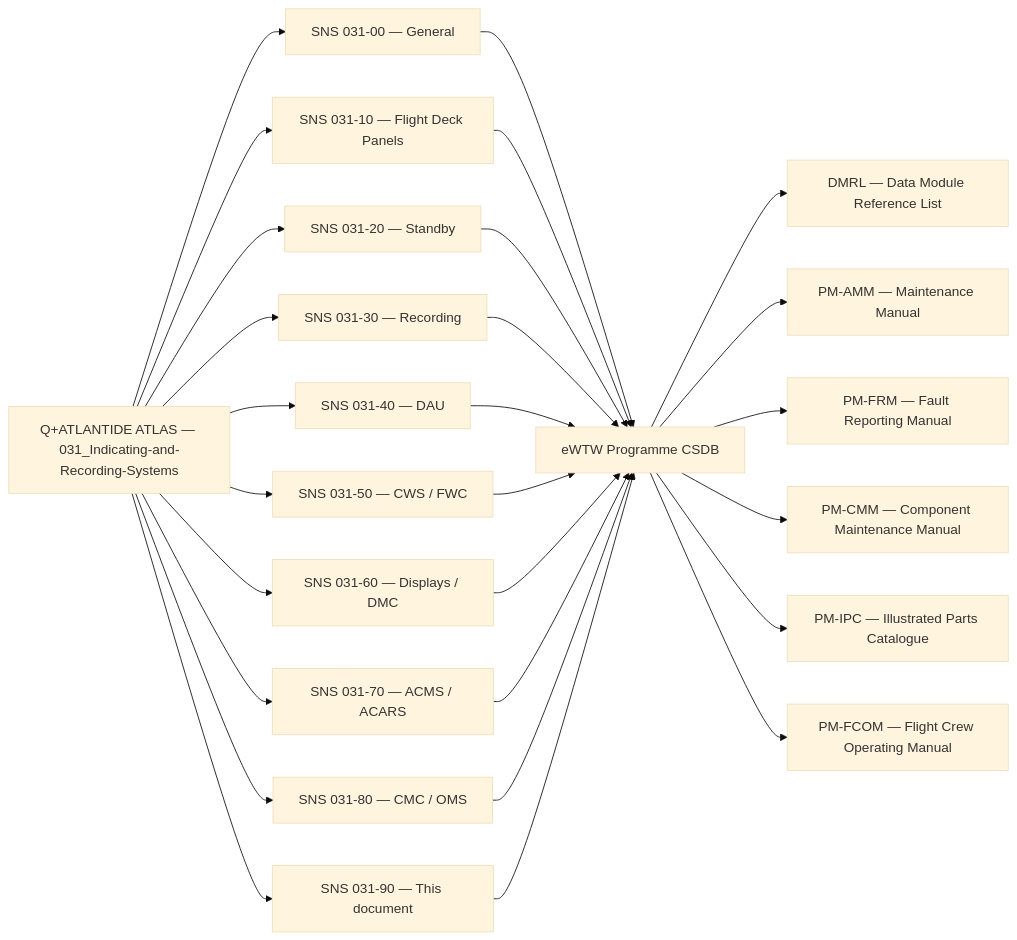
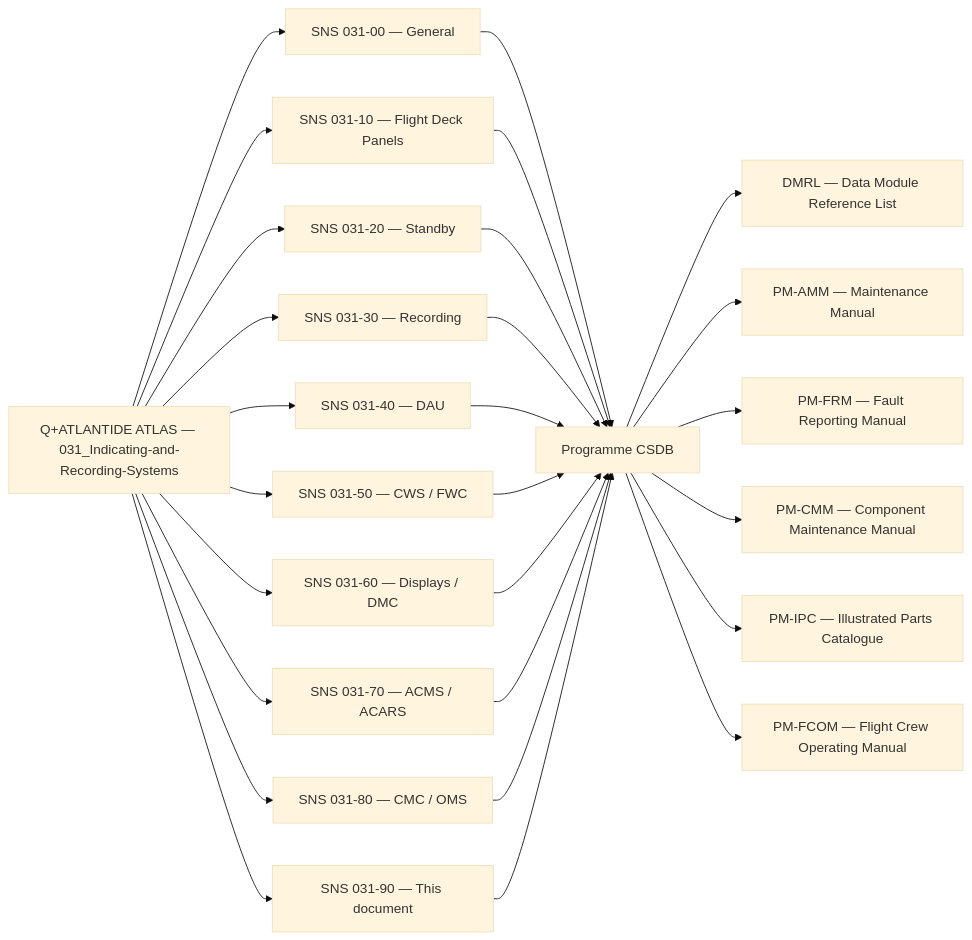
Before and after one commit to AmedeoPelliccia/Qplus-For-All-Queer-People-and-Quantum: the first of 3 diagrams in Q+ATLANTIDE/000-099_ATLAS/030-039_Proteccion-y-Sistemas-Mecanicos/031_Indicating-and-Recording-Systems/031-090-S1000D-CSDB-Mapping-and-Traceability.md, drawn with Mermaid (base theme). The commit also changed other lines of this file and 51 other files, not shown here.

First line of the commit message:
Generalize all 52 ATLAS S1000D-CSDB mapping files: remove AMPEL360E/eWTW/Programmes_example references, add scope: agnostic-standard, use generic DMC placeholders

````diff
--- a/Q+ATLANTIDE/000-099_ATLAS/030-039_Proteccion-y-Sistemas-Mecanicos/031_Indicating-and-Recording-Systems/031-090-S1000D-CSDB-Mapping-and-Traceability.md
+++ b/Q+ATLANTIDE/000-099_ATLAS/030-039_Proteccion-y-Sistemas-Mecanicos/031_Indicating-and-Recording-Systems/031-090-S1000D-CSDB-Mapping-and-Traceability.md
@@ -201,20 +202,20 @@
 ```mermaid
 flowchart LR
     ATLAS[Q+ATLANTIDE ATLAS — 031_Indicating-and-Recording-Systems] --> SNS00[SNS 031-00 — General]
     ATLAS --> SNS10[SNS 031-10 — Flight Deck Panels]
     ATLAS --> SNS20[SNS 031-20 — Standby]
     ATLAS --> SNS30[SNS 031-30 — Recording]
     ATLAS --> SNS40[SNS 031-40 — DAU]
     ATLAS --> SNS50[SNS 031-50 — CWS / FWC]
     ATLAS --> SNS60[SNS 031-60 — Displays / DMC]
     ATLAS --> SNS70[SNS 031-70 — ACMS / ACARS]
     ATLAS --> SNS80[SNS 031-80 — CMC / OMS]
     ATLAS --> SNS90[SNS 031-90 — This document]
-    SNS00 & SNS10 & SNS20 & SNS30 & SNS40 & SNS50 & SNS60 & SNS70 & SNS80 & SNS90 --> CSDB[eWTW Programme CSDB]
+    SNS00 & SNS10 & SNS20 & SNS30 & SNS40 & SNS50 & SNS60 & SNS70 & SNS80 & SNS90 --> CSDB[<PROGRAMME-SHORT> Programme CSDB]
     CSDB --> DMRL[DMRL — Data Module Reference List]
     CSDB --> PM_AMM[PM-AMM — Maintenance Manual]
     CSDB --> PM_FRM[PM-FRM — Fault Reporting Manual]
     CSDB --> PM_CMM[PM-CMM — Component Maintenance Manual]
     CSDB --> PM_IPC[PM-IPC — Illustrated Parts Catalogue]
     CSDB --> PM_FCOM[PM-FCOM — Flight Crew Operating Manual]
 ```
````
